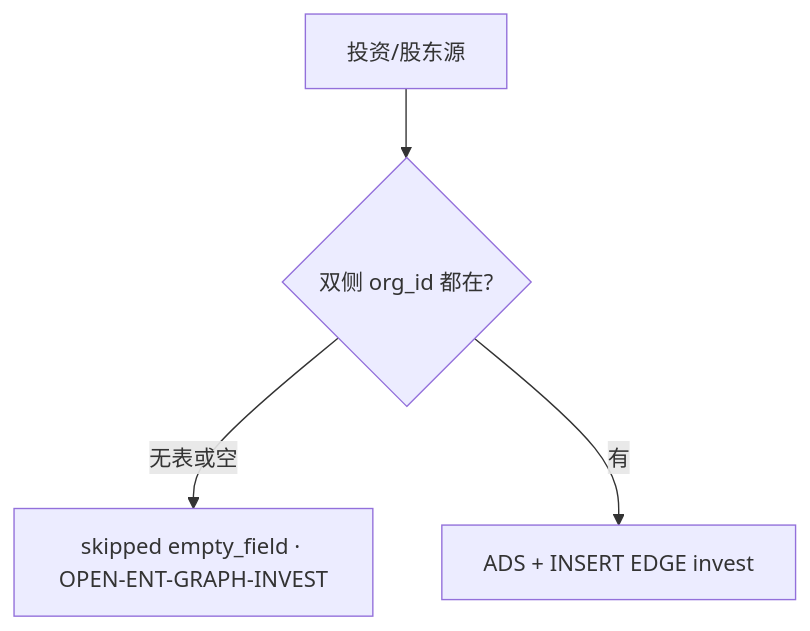
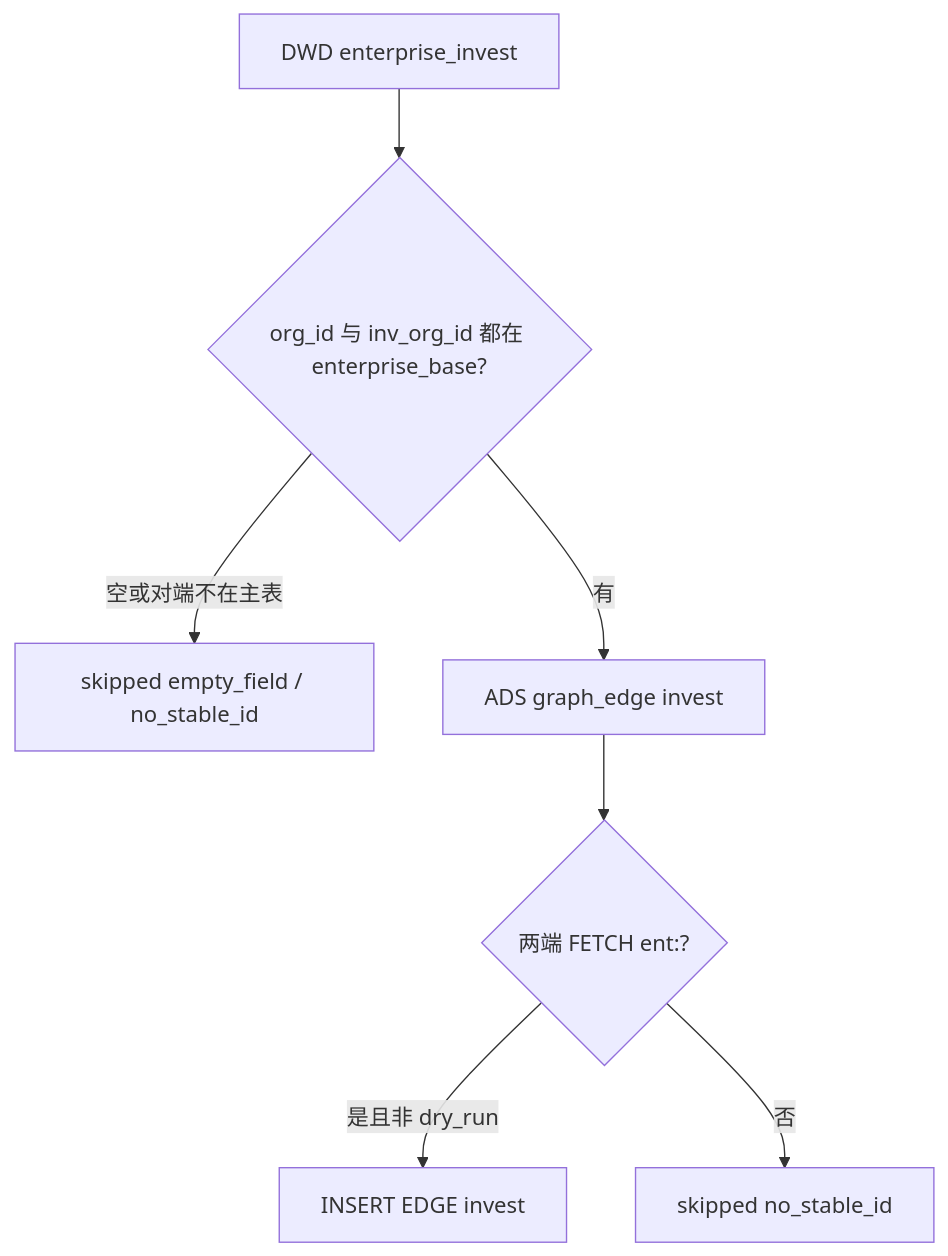
Before and after one commit to Marisolebxf/-: the sixth of 15 diagrams in agent-delivery/data/data-design/storage/ENT/etl/pipeline-to-nebula.md, drawn with Mermaid. The commit also changed other lines of this file and 1 other file, not shown here.

First line of the commit message:
docs(ent): GRAPH-TRIPLE 步1 按六条审核+demo链收口 [agent:data-agent]

````diff
--- a/agent-delivery/data/data-design/storage/ENT/etl/pipeline-to-nebula.md
+++ b/agent-delivery/data/data-design/storage/ENT/etl/pipeline-to-nebula.md
@@ -340,6 +352,9 @@
 ```mermaid
 flowchart TB
-  A["投资/股东源"] --> B{"双侧 org_id 都在?"}
-  B -->|无表或空| S["skipped empty_field · OPEN-ENT-GRAPH-INVEST"]
-  B -->|有| C["ADS + INSERT EDGE invest"]
+  A["DWD enterprise_invest"] --> B{"org_id 与 inv_org_id 都在 enterprise_base?"}
+  B -->|空或对端不在主表| S["skipped empty_field / no_stable_id"]
+  B -->|有| C["ADS graph_edge invest"]
+  C --> D{"两端 FETCH ent:?"}
+  D -->|是且非 dry_run| E["INSERT EDGE invest"]
+  D -->|否| S2["skipped no_stable_id"]
 ```
````
